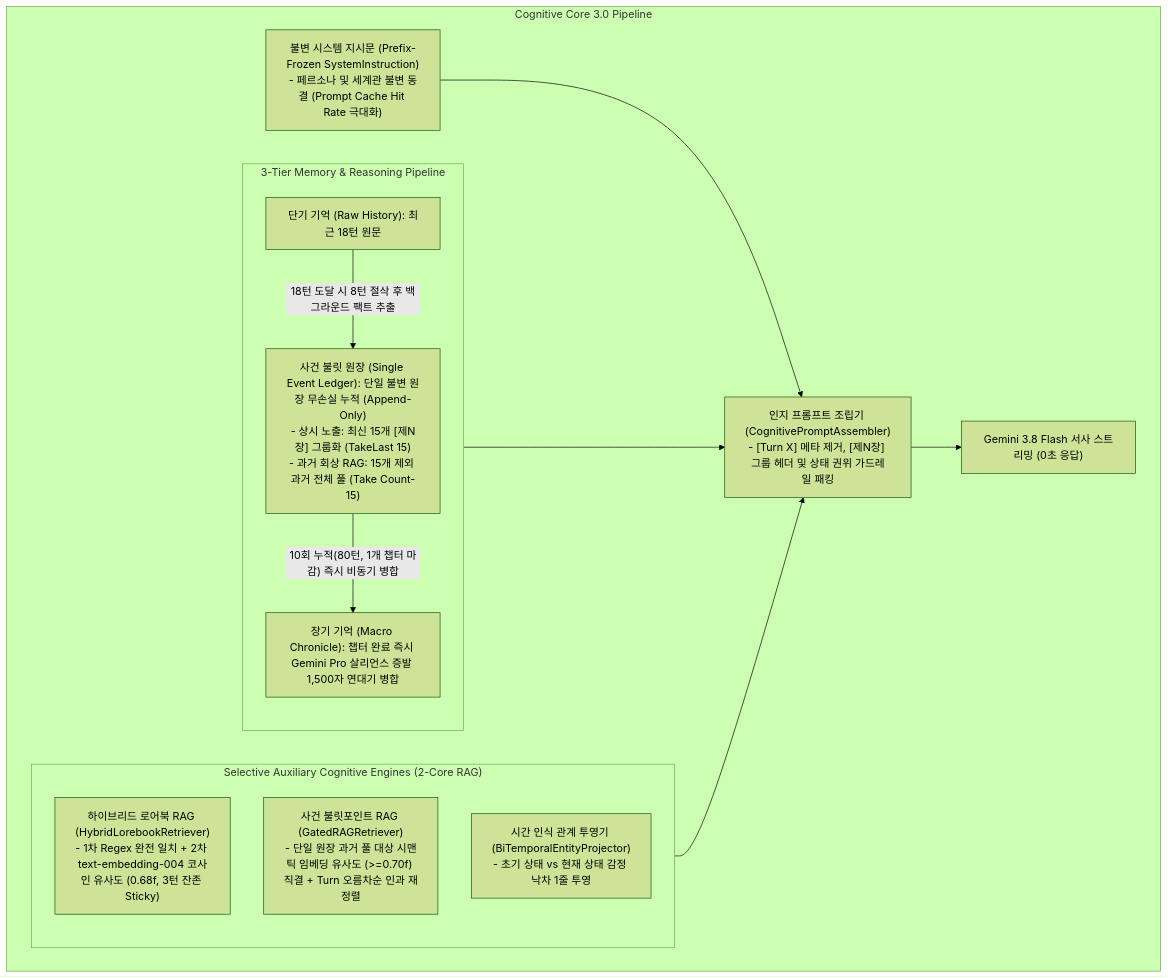
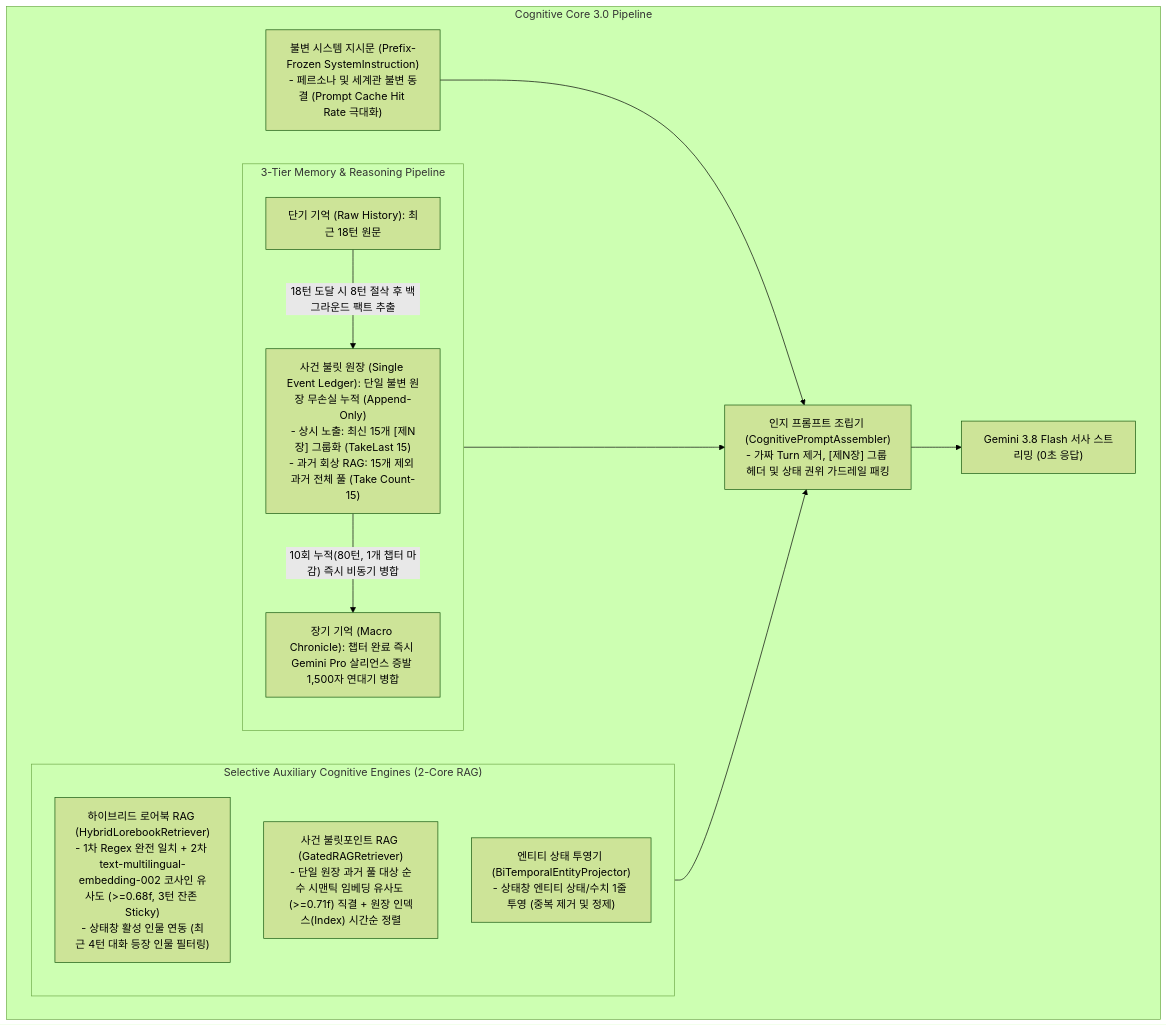
The first of 3 diagrams in GRC/docs/01_grc_architecture.md (jin20203458/Obsidian.Agent), drawn with Mermaid (forest theme) before and after one commit. The commit also changed other lines of this file and 1 other file, not shown here.

Commit message:
docs(grc): update cognitive v3.0 clean architecture specifications and troubleshooting log

````diff
--- a/GRC/docs/01_grc_architecture.md
+++ b/GRC/docs/01_grc_architecture.md
@@ -27,28 +27,28 @@
 ```mermaid
 flowchart TB
     subgraph COGNITIVE_CORE ["Cognitive Core 3.0 Pipeline"]
         SYS["불변 시스템 지시문 (Prefix-Frozen SystemInstruction)<br>- 페르소나 및 세계관 불변 동결 (Prompt Cache Hit Rate 극대화)"]
         
         subgraph TIERS ["3-Tier Memory & Reasoning Pipeline"]
             M1["단기 기억 (Raw History): 최근 18턴 원문"]
             M2["사건 불릿 원장 (Single Event Ledger): 단일 불변 원장 무손실 누적 (Append-Only)<br>- 상시 노출: 최신 15개 [제N장] 그룹화 (TakeLast 15)<br>- 과거 회상 RAG: 15개 제외 과거 전체 풀 (Take Count-15)"]
             M3["장기 기억 (Macro Chronicle): 챕터 완료 즉시 Gemini Pro 살리언스 증발 1,500자 연대기 병합"]
             
             M1 -->|"18턴 도달 시 8턴 절삭 후 백그라운드 팩트 추출"| M2
             M2 -->|"10회 누적(80턴, 1개 챕터 마감) 즉시 비동기 병합"| M3
         end
         
         subgraph AUXILIARY ["Selective Auxiliary Cognitive Engines (2-Core RAG)"]
-            HL["하이브리드 로어북 RAG (HybridLorebookRetriever)<br>- 1차 Regex 완전 일치 + 2차 text-embedding-004 코사인 유사도 (0.68f, 3턴 잔존 Sticky)"]
-            GR["사건 불릿포인트 RAG (GatedRAGRetriever)<br>- 단일 원장 과거 풀 대상 시맨틱 임베딩 유사도 (>=0.70f) 직결 + Turn 오름차순 인과 재정렬"]
-            BP["시간 인식 관계 투영기 (BiTemporalEntityProjector)<br>- 초기 상태 vs 현재 상태 감정 낙차 1줄 투영"]
+            HL["하이브리드 로어북 RAG (HybridLorebookRetriever)<br>- 1차 Regex 완전 일치 + 2차 text-multilingual-embedding-002 코사인 유사도 (>=0.68f, 3턴 잔존 Sticky)<br>- 상태창 활성 인물 연동 (최근 4턴 대화 등장 인물 필터링)"]
+            GR["사건 불릿포인트 RAG (GatedRAGRetriever)<br>- 단일 원장 과거 풀 대상 순수 시맨틱 임베딩 유사도 (>=0.71f) 직결 + 원장 인덱스(Index) 시간순 정렬"]
+            BP["엔티티 상태 투영기 (BiTemporalEntityProjector)<br>- 상태창 엔티티 상태/수치 1줄 투영 (중복 제거 및 정제)"]
         end
         
-        ASSEMBLER["인지 프롬프트 조립기 (CognitivePromptAssembler)<br>- [Turn X] 메타 제거, [제N장] 그룹 헤더 및 상태 권위 가드레일 패킹"]
+        ASSEMBLER["인지 프롬프트 조립기 (CognitivePromptAssembler)<br>- 가짜 Turn 제거, [제N장] 그룹 헤더 및 상태 권위 가드레일 패킹"]
         
         SYS --> ASSEMBLER
         TIERS --> ASSEMBLER
         AUXILIARY --> ASSEMBLER
         ASSEMBLER --> LLM["Gemini 3.8 Flash 서사 스트리밍 (0초 응답)"]
     end
 ```
````
